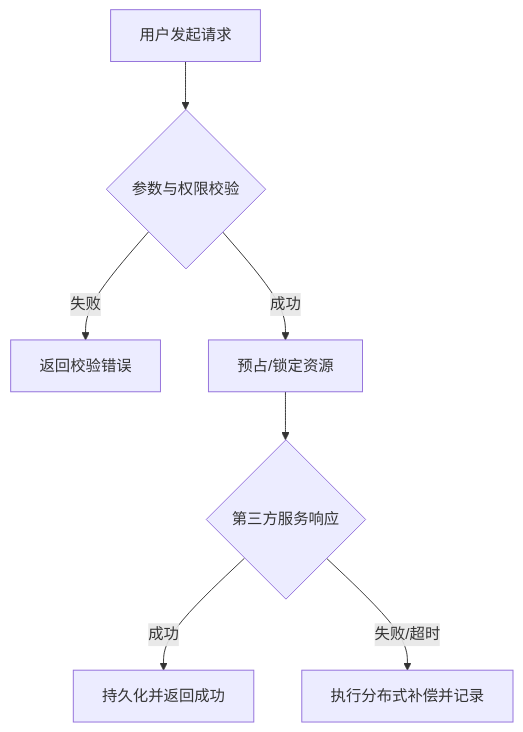
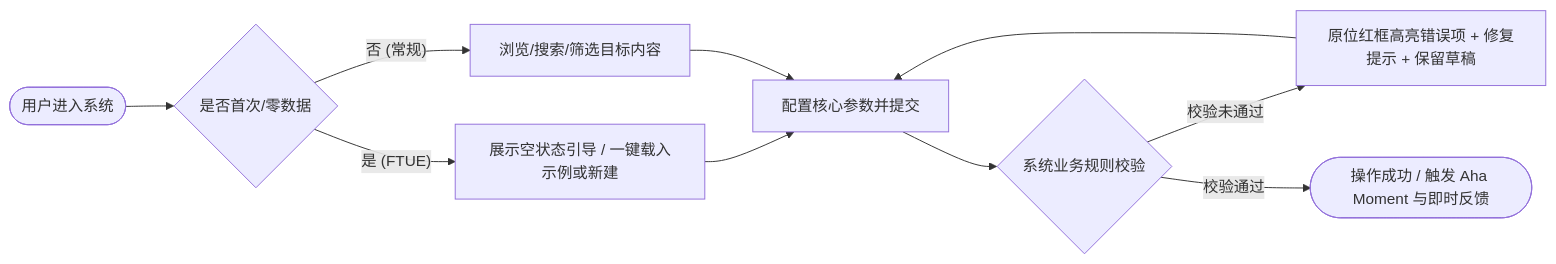
Before and after one commit to zhaoxuan-inside/hs-dev-skill: the second of 2 diagrams in resources/templates/product_design/prd_template.md, drawn with Mermaid. The commit also changed other lines of this file and 129 other files, not shown here.

````diff
--- a/resources/templates/product_design/prd_template.md
+++ b/resources/templates/product_design/prd_template.md
@@ -25,9 +76,9 @@
 ```mermaid
-flowchart TD
-    A[用户发起请求] --> B{参数与权限校验}
-    B -- 失败 --> C[返回校验错误]
-    B -- 成功 --> D[预占/锁定资源]
-    D --> E{第三方服务响应}
-    E -- 成功 --> F[持久化并返回成功]
-    E -- 失败/超时 --> G[执行分布式补偿并记录]
+flowchart LR
+    A([用户进入系统]) --> B{是否首次/零数据}
+    B -- 是 (FTUE) --> C[展示空状态引导 / 一键载入示例或新建] --> E[配置核心参数并提交]
+    B -- 否 (常规) --> D[浏览/搜索/筛选目标内容] --> E
+    E --> F{系统业务规则校验}
+    F -- 校验未通过 --> G[原位红框高亮错误项 + 修复提示 + 保留草稿] --> E
+    F -- 校验通过 --> H([操作成功 / 触发 Aha Moment 与即时反馈])
 ```
````
